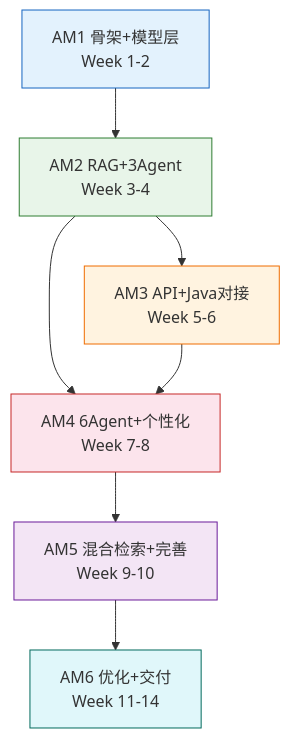
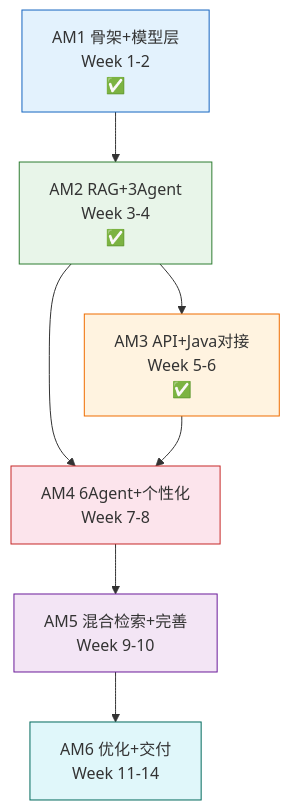
Before and after one commit to Fsu7/Veritas-: the second of 4 diagrams in docs/ai-service/AI服务模块项目里程碑文档.md, drawn with Mermaid. The commit also changed other lines of this file and 58 other files, not shown here.

````diff
--- a/docs/ai-service/AI服务模块项目里程碑文档.md
+++ b/docs/ai-service/AI服务模块项目里程碑文档.md
@@ -725,23 +749,23 @@
 ```mermaid
 graph TD
-    AM1["AM1 骨架+模型层<br/>Week 1-2"]
-    AM2["AM2 RAG+3Agent<br/>Week 3-4"]
-    AM3["AM3 API+Java对接<br/>Week 5-6"]
+    AM1["AM1 骨架+模型层<br/>Week 1-2<br/>✅"]
+    AM2["AM2 RAG+3Agent<br/>Week 3-4<br/>✅"]
+    AM3["AM3 API+Java对接<br/>Week 5-6<br/>✅"]
     AM4["AM4 6Agent+个性化<br/>Week 7-8"]
     AM5["AM5 混合检索+完善<br/>Week 9-10"]
     AM6["AM6 优化+交付<br/>Week 11-14"]
 
     AM1 --> AM2
     AM2 --> AM3
     AM2 --> AM4
     AM3 --> AM4
     AM4 --> AM5
     AM5 --> AM6
 
     style AM1 fill:#e3f2fd,stroke:#1565c0
     style AM2 fill:#e8f5e9,stroke:#2e7d32
     style AM3 fill:#fff3e0,stroke:#ef6c00
     style AM4 fill:#fce4ec,stroke:#c62828
     style AM5 fill:#f3e5f5,stroke:#6a1b9a
     style AM6 fill:#e0f7fa,stroke:#00695c
 ```
````
